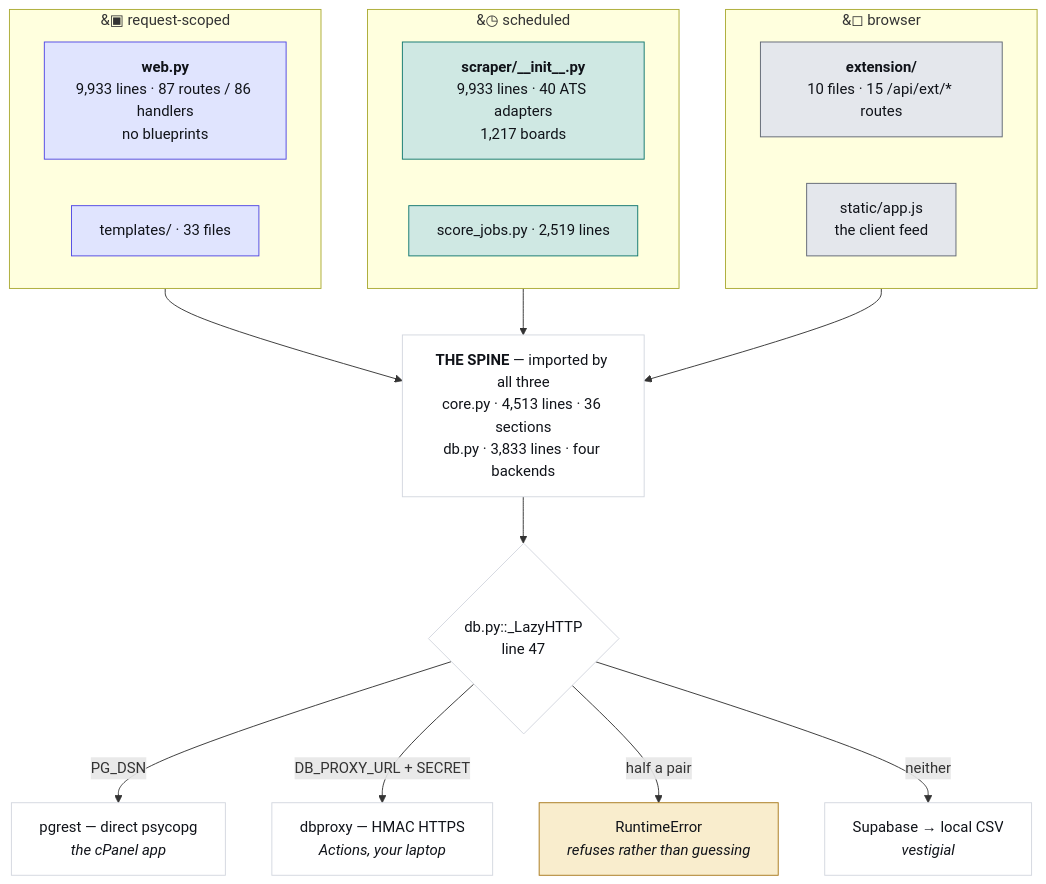
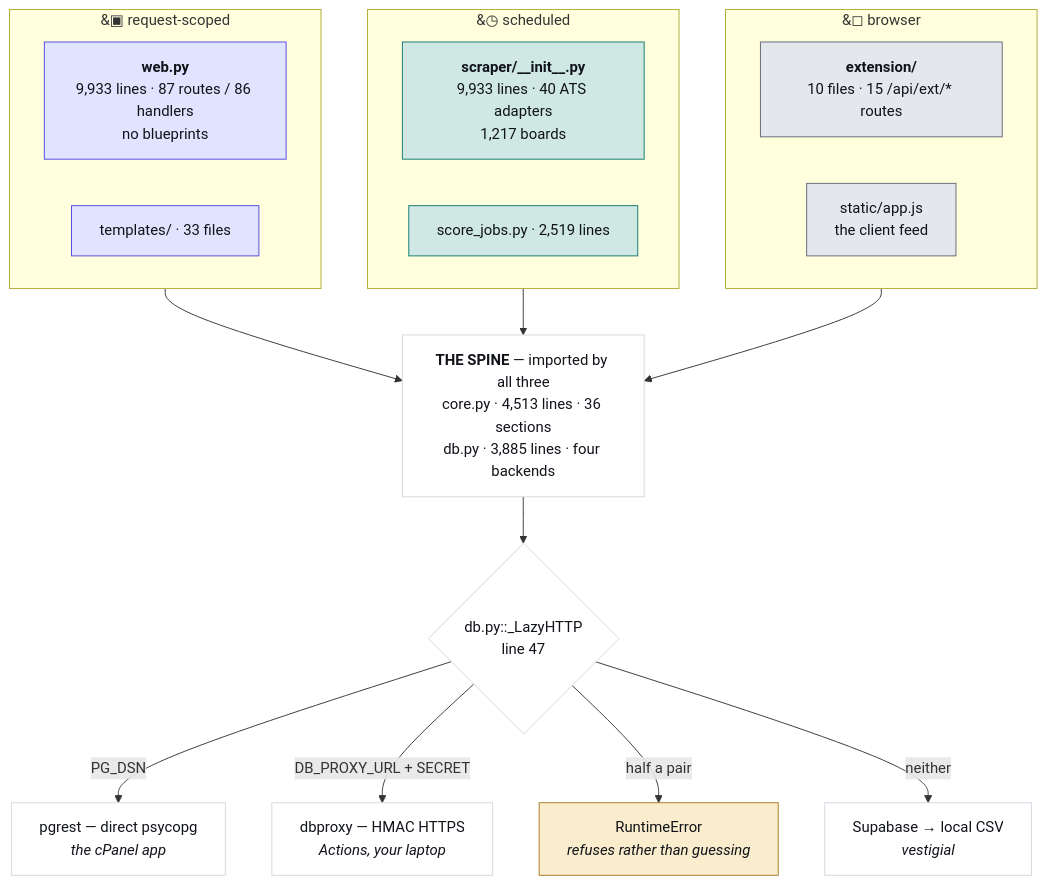
The first of 4 diagrams in JobMatch Scraper/docs/ARCHITECTURE.md (hadakunal909-debug/job-search-tool), drawn with Mermaid before and after one commit. The commit also changed 9 other files, not shown here.

````diff
--- a/JobMatch Scraper/docs/ARCHITECTURE.md
+++ b/JobMatch Scraper/docs/ARCHITECTURE.md
@@ -45,34 +45,34 @@
 ```mermaid
 flowchart TB
   subgraph REQ["&#9635; request-scoped"]
     W["<b>web.py</b><br/>9,933 lines · 87 routes / 86 handlers<br/>no blueprints"]
     T["templates/ · 33 files"]
   end
   subgraph SCH["&#9719; scheduled"]
     S["<b>scraper/__init__.py</b><br/>9,933 lines · 40 ATS adapters<br/>1,217 boards"]
     J["score_jobs.py · 2,519 lines"]
   end
   subgraph CLI["&#9723; browser"]
     E["<b>extension/</b><br/>10 files · 15 /api/ext/* routes"]
     A["static/app.js<br/>the client feed"]
   end
-  SPINE["<b>THE SPINE</b> — imported by all three<br/>core.py · 4,513 lines · 36 sections<br/>db.py · 3,833 lines · four backends"]
+  SPINE["<b>THE SPINE</b> — imported by all three<br/>core.py · 4,513 lines · 36 sections<br/>db.py · 3,885 lines · four backends"]
   REQ --> SPINE
   SCH --> SPINE
   CLI --> SPINE
   SPINE --> D{"db.py::_LazyHTTP<br/>line 47"}
   D -->|"PG_DSN"| P["pgrest — direct psycopg<br/><i>the cPanel app</i>"]
   D -->|"DB_PROXY_URL + SECRET"| X["dbproxy — HMAC HTTPS<br/><i>Actions, your laptop</i>"]
   D -->|"half a pair"| R["RuntimeError<br/><i>refuses rather than guessing</i>"]
   D -->|"neither"| V["Supabase → local CSV<br/><i>vestigial</i>"]
   classDef web fill:#e0e4fe,stroke:#4f46e5,color:#101319
   classDef sched fill:#cfe8e3,stroke:#0f766e,color:#101319
   classDef client fill:#e4e7ec,stroke:#5f6573,color:#101319
   classDef trap fill:#f9edcd,stroke:#a8781a,color:#101319
   classDef plain fill:#ffffff,stroke:#d3d7df,color:#101319
   class W,T web
   class S,J sched
   class E,A client
   class R trap
   class SPINE,D,P,X,V plain
 ```
````
